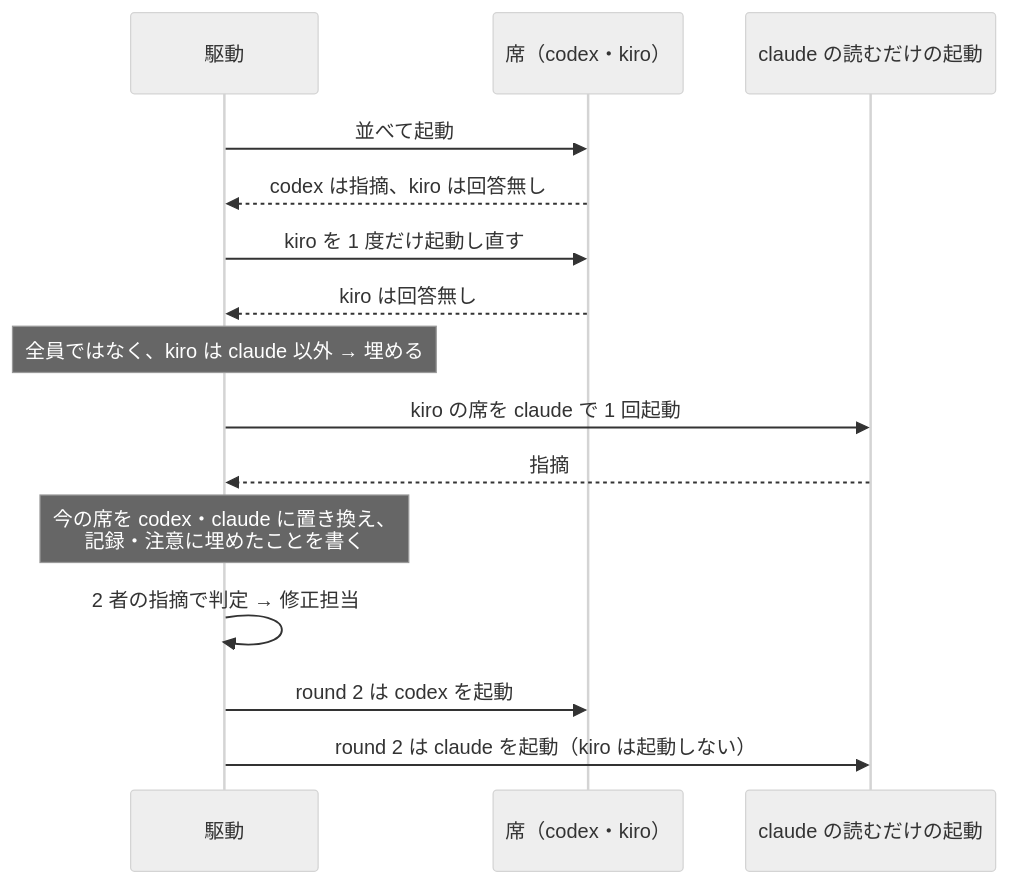
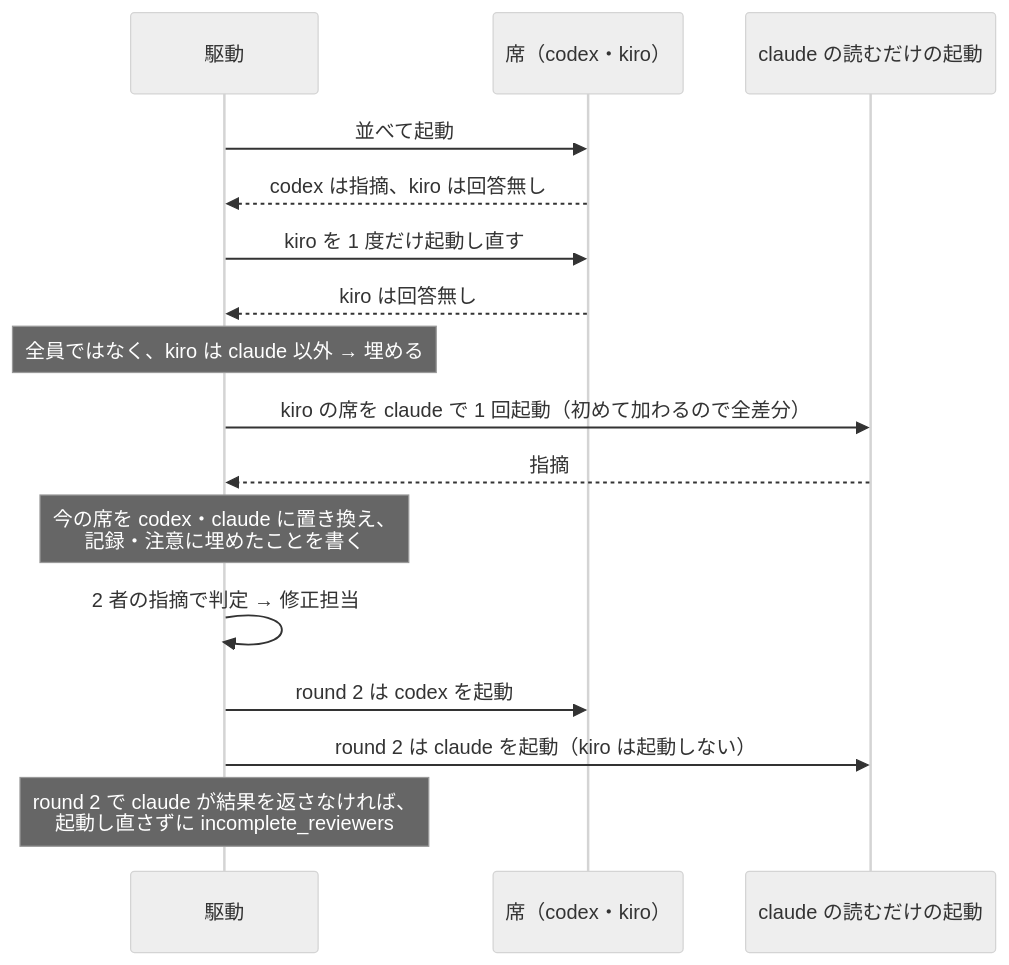
Before and after one commit to devbasex/ai-plugins: the fourth of 4 diagrams in issues/issue-3955-design.md, drawn with Mermaid (neutral theme). The commit also changed other lines of this file, not shown here.

First line of the commit message:
Docs: #3955 の設計で、席を埋める分岐の順・断られた担当・埋めた claude の差分を定める

````diff
--- a/issues/issue-3955-design.md
+++ b/issues/issue-3955-design.md
@@ -175,17 +216,18 @@
 ```mermaid
 sequenceDiagram
   participant D as 駆動
   participant S as 席（codex・kiro）
   participant C as claude の読むだけの起動
   D->>S: 並べて起動
   S-->>D: codex は指摘、kiro は回答無し
   D->>S: kiro を 1 度だけ起動し直す
   S-->>D: kiro は回答無し
   Note over D: 全員ではなく、kiro は claude 以外 → 埋める
-  D->>C: kiro の席を claude で 1 回起動
+  D->>C: kiro の席を claude で 1 回起動（初めて加わるので全差分）
   C-->>D: 指摘
   Note over D: 今の席を codex・claude に置き換え、<br/>記録・注意に埋めたことを書く
   D->>D: 2 者の指摘で判定 → 修正担当
   D->>S: round 2 は codex を起動
   D->>C: round 2 は claude を起動（kiro は起動しない）
+  Note over D: round 2 で claude が結果を返さなければ、<br/>起動し直さずに incomplete_reviewers
 ```
````
